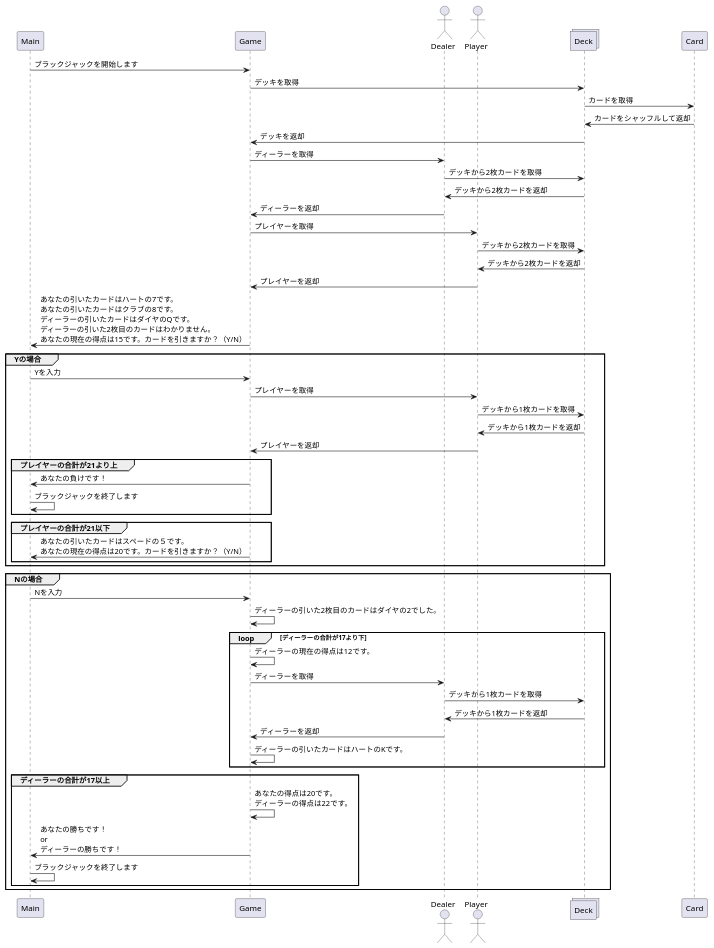
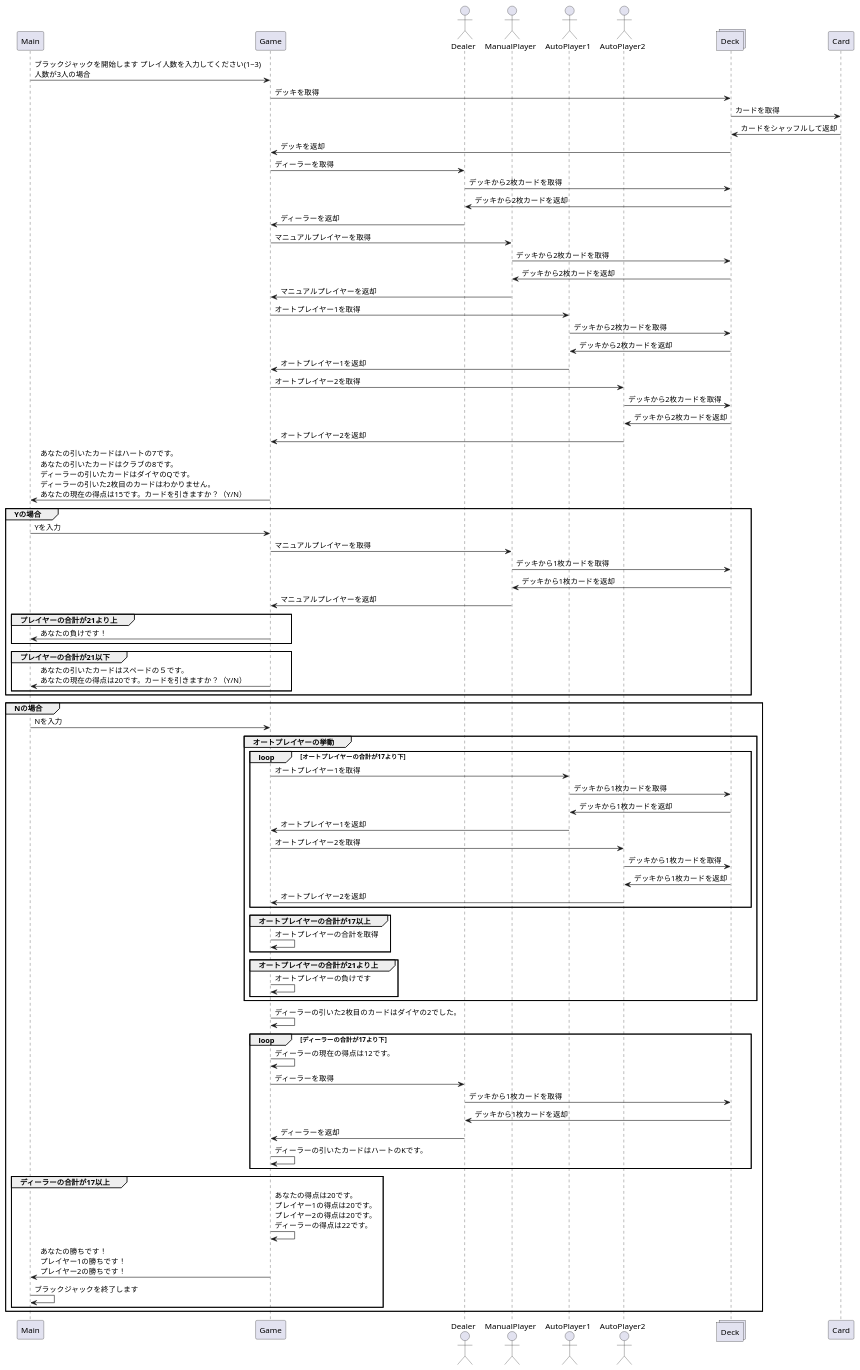
The diagram in src/PlantUML/BlackJacksiecanseCase.pu (RohanKid/BlackJack), drawn with PlantUML before and after one commit. The commit also changed 12 other files, not shown here.

```diff
--- a/src/PlantUML/BlackJacksiecanseCase.pu
+++ b/src/PlantUML/BlackJacksiecanseCase.pu
@@ -1,53 +1,80 @@
 @startuml Blackjack
 participant        Main        as Main
 participant        Game        as Game
 actor       Dealer       as Dealer
-actor       Player    as Me
+actor       ManualPlayer    as Me
+actor       AutoPlayer1    as Pl1
+actor       AutoPlayer2   as Pl2
 collections Deck as Deck
 participant        Card        as Card
-Main -> Game : ブラックジャックを開始します
+Main -> Game : ブラックジャックを開始します プレイ人数を入力してください(1~3)\n人数が3人の場合
 Game -> Deck: デッキを取得
 Deck -> Card: カードを取得
 Card -> Deck: カードをシャッフルして返却
 Deck -> Game: デッキを返却
 Game -> Dealer: ディーラーを取得
 Dealer -> Deck: デッキから2枚カードを取得
 Deck -> Dealer: デッキから2枚カードを返却
 Dealer -> Game: ディーラーを返却
-Game -> Me: プレイヤーを取得
+Game -> Me: マニュアルプレイヤーを取得
 Me -> Deck: デッキから2枚カードを取得
 Deck -> Me: デッキから2枚カードを返却
-Me -> Game: プレイヤーを返却
+Me -> Game: マニュアルプレイヤーを返却
+Game -> Pl1 : オートプレイヤー1を取得
+Pl1 -> Deck: デッキから2枚カードを取得
+Deck -> Pl1: デッキから2枚カードを返却
+Pl1 -> Game: オートプレイヤー1を返却
+Game -> Pl2 : オートプレイヤー2を取得
+Pl2 -> Deck: デッキから2枚カードを取得
+Deck -> Pl2: デッキから2枚カードを返却
+Pl2 -> Game: オートプレイヤー2を返却
 Game -> Main : あなたの引いたカードはハートの7です。\nあなたの引いたカードはクラブの8です。\nディーラーの引いたカードはダイヤのQです。\nディーラーの引いた2枚目のカードはわかりません。\nあなたの現在の得点は15です。カードを引きますか？（Y/N）
 group Yの場合
 Main -> Game : Yを入力
-Game -> Me: プレイヤーを取得
+Game -> Me: マニュアルプレイヤーを取得
 Me -> Deck: デッキから1枚カードを取得
 Deck -> Me: デッキから1枚カードを返却
-Me -> Game: プレイヤーを返却
+Me -> Game: マニュアルプレイヤーを返却
   group プレイヤーの合計が21より上
   Game -> Main : あなたの負けです！
-  Main -> Main : ブラックジャックを終了します
   end
   group プレイヤーの合計が21以下
   Game -> Main : あなたの引いたカードはスペードの５です。\nあなたの現在の得点は20です。カードを引きますか？（Y/N）
   end
 end
 group Nの場合
 Main -> Game : Nを入力
+  group オートプレイヤーの挙動
+    loop オートプレイヤーの合計が17より下
+    Game -> Pl1 : オートプレイヤー1を取得
+    Pl1 -> Deck: デッキから1枚カードを取得
+    Deck -> Pl1: デッキから1枚カードを返却
+    Pl1 -> Game: オートプレイヤー1を返却
+    Game -> Pl2 : オートプレイヤー2を取得
+    Pl2 -> Deck: デッキから1枚カードを取得
+    Deck -> Pl2: デッキから1枚カードを返却
+    Pl2 -> Game: オートプレイヤー2を返却
+    end
+    group オートプレイヤーの合計が17以上
+    Game -> Game : オートプレイヤーの合計を取得
+    end
+    group オートプレイヤーの合計が21より上
+    Game -> Game : オートプレイヤーの負けです
+    end
+  end
 Game -> Game : ディーラーの引いた2枚目のカードはダイヤの2でした。
   loop ディーラーの合計が17より下
   Game -> Game : ディーラーの現在の得点は12です。
   Game -> Dealer: ディーラーを取得
   Dealer -> Deck: デッキから1枚カードを取得
   Deck -> Dealer: デッキから1枚カードを返却
   Dealer -> Game: ディーラーを返却
   Game -> Game : ディーラーの引いたカードはハートのKです。
   end
   group ディーラーの合計が17以上
-  Game -> Game : あなたの得点は20です。\nディーラーの得点は22です。
-  Game -> Main : あなたの勝ちです！\nor\nディーラーの勝ちです！
+  Game -> Game : あなたの得点は20です。\nプレイヤー1の得点は20です。\nプレイヤー2の得点は20です。\nディーラーの得点は22です。
+  Game -> Main : あなたの勝ちです！\nプレイヤー1の勝ちです！\nプレイヤー2の勝ちです！
   Main -> Main : ブラックジャックを終了します
   end
 end
 @enduml
```
